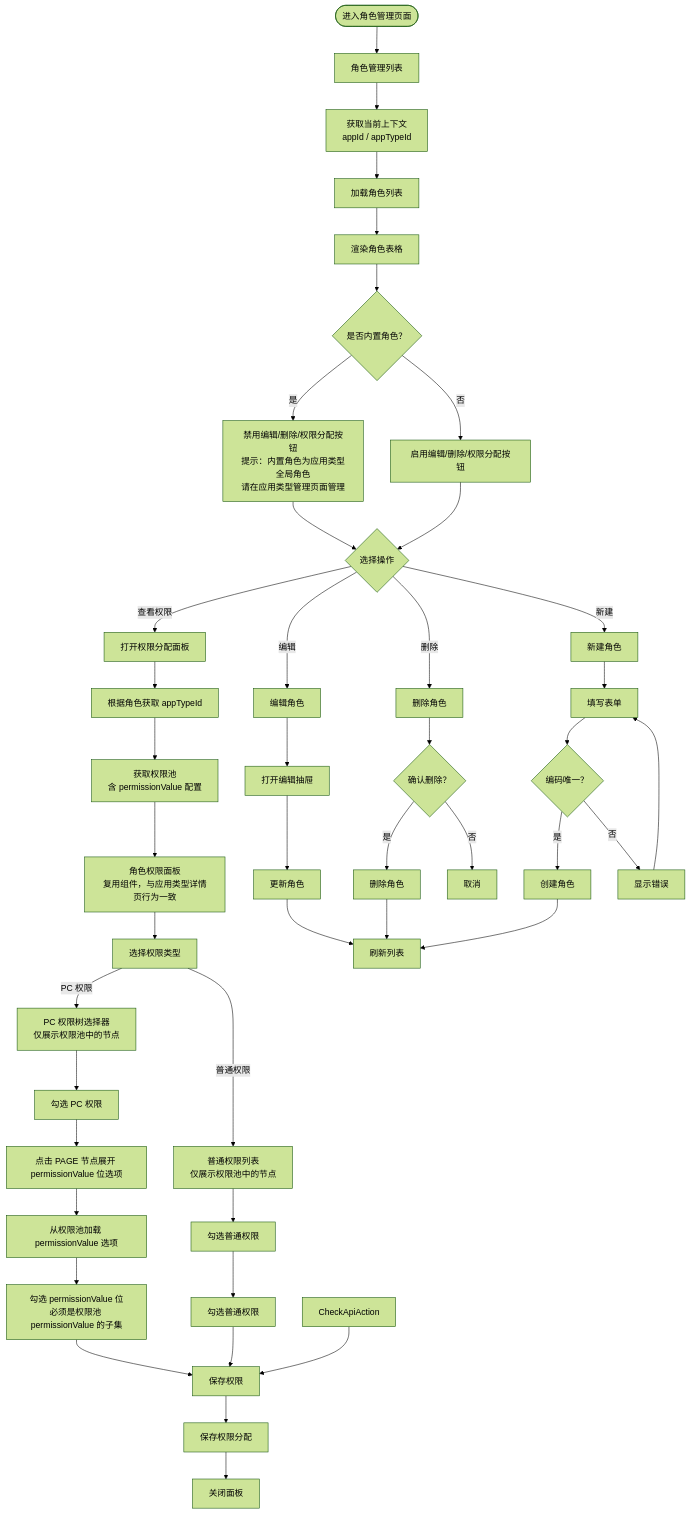
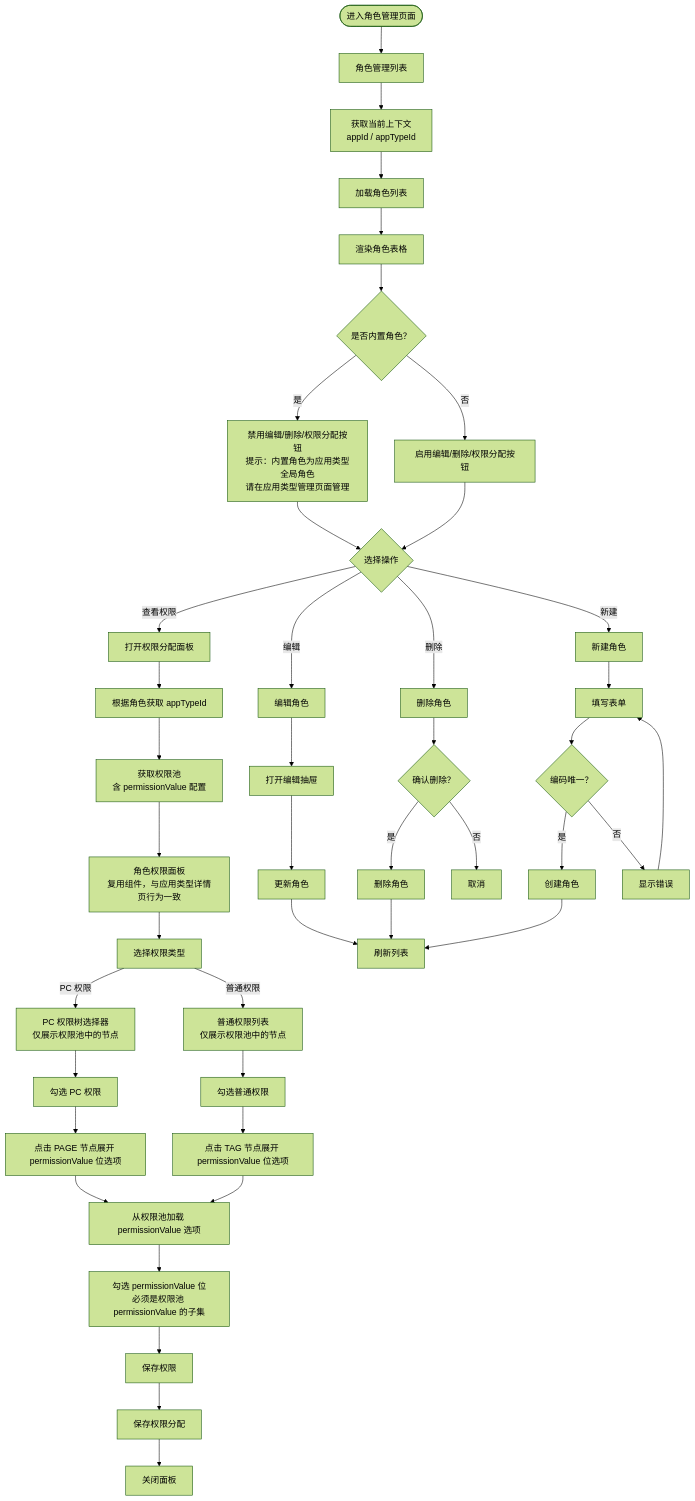
Before and after one commit to huyumo/moyan-mfw: the diagram in docs/pages/role-management.md, drawn with Mermaid (forest theme). The commit also changed other lines of this file and 5 other files, not shown here.

Commit message:
chore: auto-commit [docs/api/app-type-api.md,docs/api/auth-api.md,docs/api/permission-api.md,docs/api/types.md,docs/core/permissions.md,]

````diff
--- a/docs/pages/role-management.md
+++ b/docs/pages/role-management.md
@@ -28,61 +28,61 @@
 ```mermaid
 flowchart TD
     Start([进入角色管理页面]) --> RoleList[角色管理列表]
 
     RoleList --> LoadContext[获取当前上下文<br>appId / appTypeId]
     LoadContext --> LoadRoles[加载角色列表]
     LoadRoles --> RenderRoles[渲染角色表格]
 
     RenderRoles --> CheckBuiltin{是否内置角色？}
     CheckBuiltin -->|是 | DisableAll[禁用编辑/删除/权限分配按钮<br>提示：内置角色为应用类型全局角色<br>请在应用类型管理页面管理]
     CheckBuiltin -->|否 | EnableEdit[启用编辑/删除/权限分配按钮]
 
     DisableAll --> Action{选择操作}
     EnableEdit --> Action
 
     Action -->|查看权限 | PermissionPanel[打开权限分配面板]
     Action -->|编辑 | EditRole[编辑角色]
     Action -->|删除 | DeleteRole[删除角色]
     Action -->|新建 | CreateRole[新建角色]
 
     PermissionPanel --> GetAppTypeId[根据角色获取 appTypeId]
     GetAppTypeId --> GetPool[获取权限池<br>含 permissionValue 配置]
     GetPool --> RolePermissionPanel[角色权限面板<br>复用组件，与应用类型详情页行为一致]
 
     RolePermissionPanel --> SelectPermType[选择权限类型]
 
     SelectPermType -->|PC 权限 | PcTreeSelect[PC 权限树选择器<br>仅展示权限池中的节点]
     SelectPermType -->|普通权限 | CommonList[普通权限列表<br>仅展示权限池中的节点]
 
     PcTreeSelect --> CheckPc[勾选 PC 权限]
     CommonList --> CheckCommon[勾选普通权限]
 
     CheckPc --> ExpandPermissionValue[点击 PAGE 节点展开 permissionValue 位选项]
-    CheckCommon --> CheckPermissionValue[勾选普通权限]
+    CheckCommon --> ExpandNormalPermissionValue[点击 TAG 节点展开 permissionValue 位选项]
 
     ExpandPermissionValue --> LoadPoolPermissionValue[从权限池加载 permissionValue 选项]
+    ExpandNormalPermissionValue --> LoadPoolPermissionValue
+
     LoadPoolPermissionValue --> SelectPermissionValue[勾选 permissionValue 位<br>必须是权限池 permissionValue 的子集]
 
     SelectPermissionValue --> SavePerm[保存权限]
-    CheckPermissionValue --> SavePerm
-    CheckApiAction --> SavePerm
 
     SavePerm --> SavePermConfirm[保存权限分配]
     SavePermConfirm --> ClosePanel[关闭面板]
 
     EditRole --> EditDrawer[打开编辑抽屉]
     EditDrawer --> UpdateRole[更新角色]
     UpdateRole --> RefreshList[刷新列表]
 
     DeleteRole --> Confirm{确认删除？}
     Confirm -->|是 | DeleteRoleConfirm[删除角色]
     Confirm -->|否 | Cancel1[取消]
     DeleteRoleConfirm --> RefreshList
 
     CreateRole --> CreateForm[填写表单]
     CreateForm --> Validate{编码唯一？}
     Validate -->|是 | CreateRoleConfirm[创建角色]
     Validate -->|否 | ShowError[显示错误]
     CreateRoleConfirm --> RefreshList
     ShowError --> CreateForm
 ```
````
